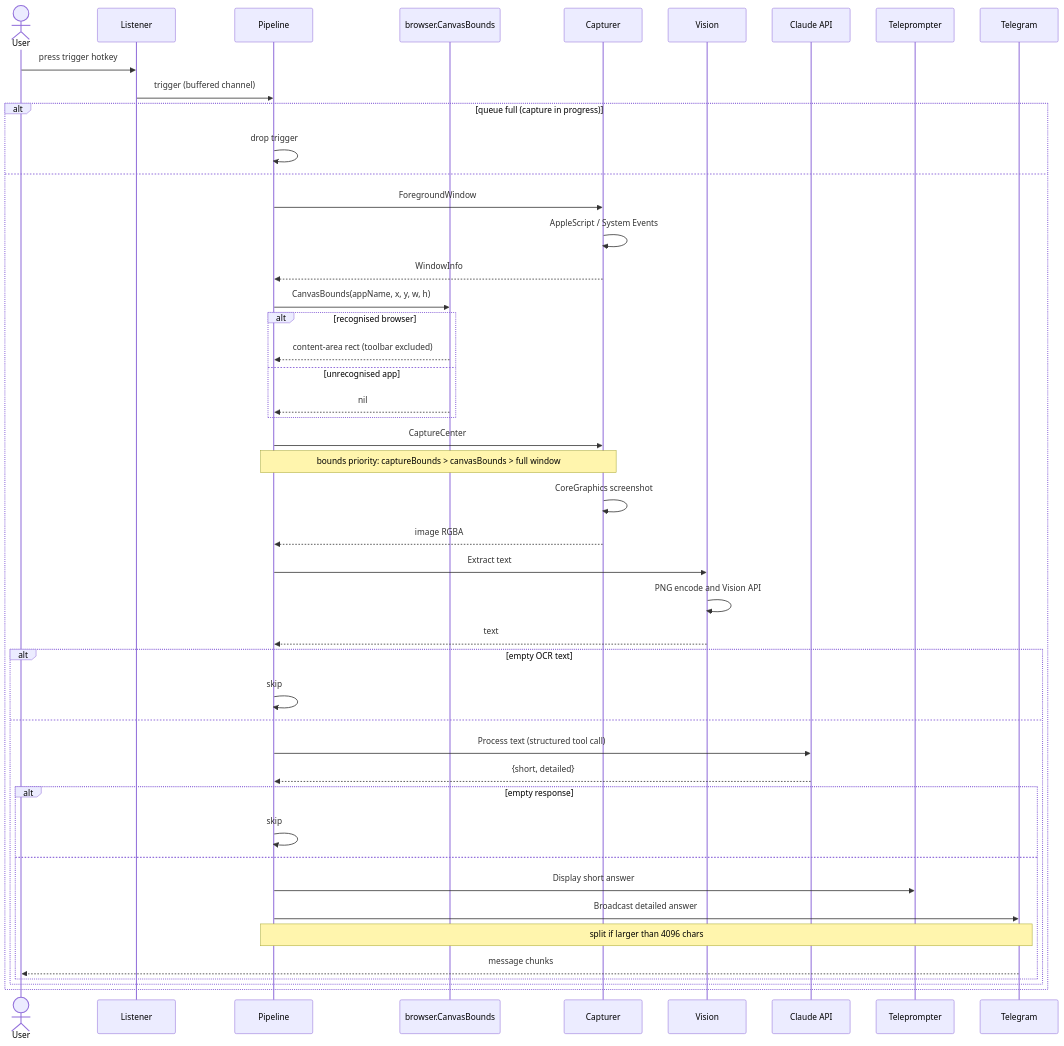
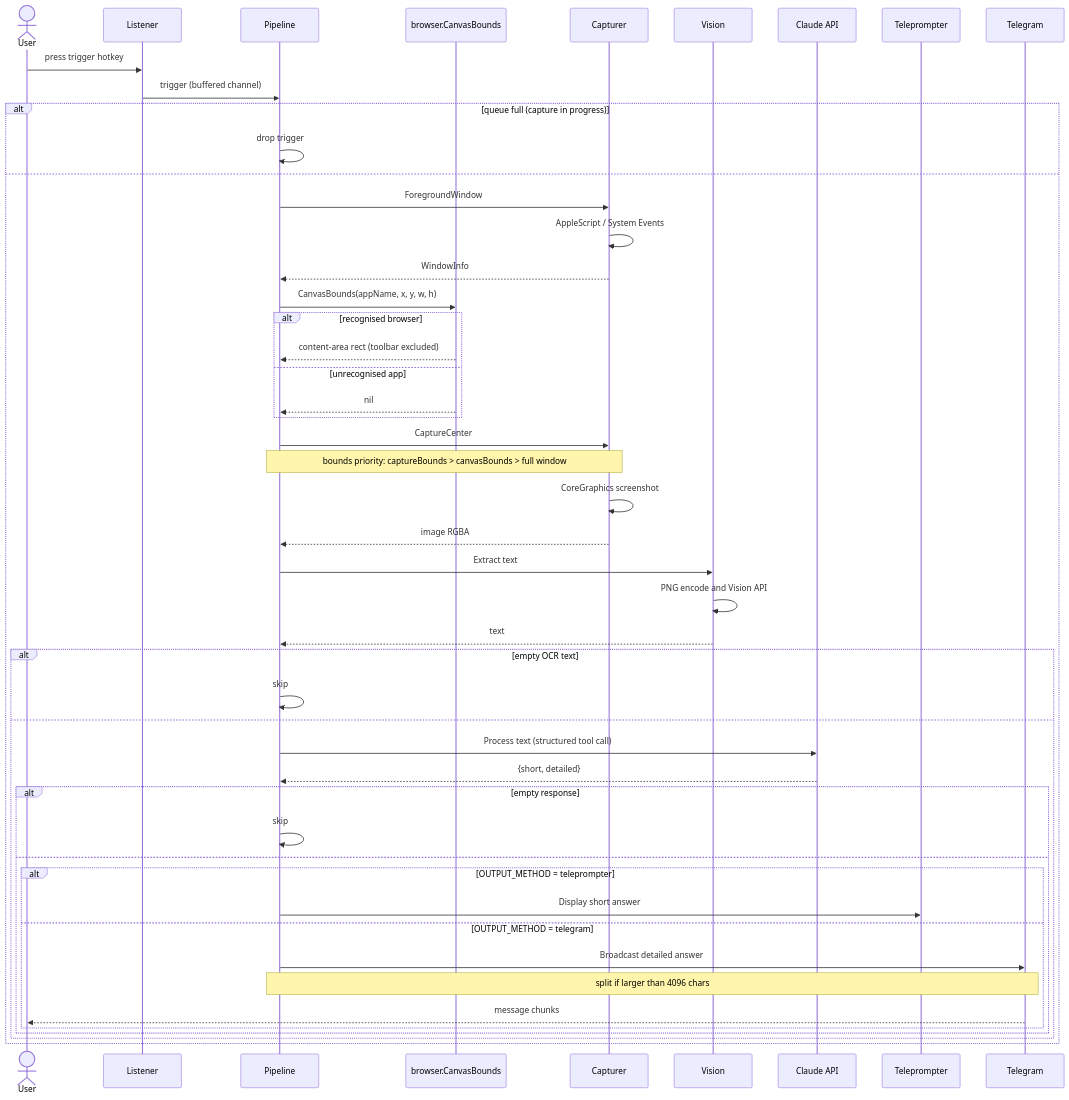
The second of 3 diagrams in docs/ARCHITECTURE.md (vdyalex/lens-daemon), drawn with Mermaid before and after one commit. The commit also changed other lines of this file and 44 other files, not shown here.

First line of the commit message:
feat(pipeline): add output method switching and runtime IPC set command

````diff
--- a/docs/ARCHITECTURE.md
+++ b/docs/ARCHITECTURE.md
@@ -142,55 +147,58 @@
 ```mermaid
 sequenceDiagram
     actor User
     participant Listener
     participant Pipeline
     participant Browser as browser.CanvasBounds
     participant Capturer
     participant Vision
     participant Claude as Claude API
     participant Teleprompter
     participant Telegram
 
     User->>Listener: press trigger hotkey
     Listener->>Pipeline: trigger (buffered channel)
 
     alt queue full (capture in progress)
         Pipeline->>Pipeline: drop trigger
     else
         Pipeline->>Capturer: ForegroundWindow
         Capturer->>Capturer: AppleScript / System Events
         Capturer-->>Pipeline: WindowInfo
 
         Pipeline->>Browser: CanvasBounds(appName, x, y, w, h)
         alt recognised browser
             Browser-->>Pipeline: content-area rect (toolbar excluded)
         else unrecognised app
             Browser-->>Pipeline: nil
         end
 
         Pipeline->>Capturer: CaptureCenter
         Note over Pipeline,Capturer: bounds priority: captureBounds > canvasBounds > full window
         Capturer->>Capturer: CoreGraphics screenshot
         Capturer-->>Pipeline: image RGBA
 
         Pipeline->>Vision: Extract text
         Vision->>Vision: PNG encode and Vision API
         Vision-->>Pipeline: text
 
         alt empty OCR text
             Pipeline->>Pipeline: skip
         else
             Pipeline->>Claude: Process text (structured tool call)
             Claude-->>Pipeline: {short, detailed}
 
             alt empty response
                 Pipeline->>Pipeline: skip
             else
+                alt OUTPUT_METHOD = teleprompter
                 Pipeline->>Teleprompter: Display short answer
+            else OUTPUT_METHOD = telegram
                 Pipeline->>Telegram: Broadcast detailed answer
                 Note over Pipeline,Telegram: split if larger than 4096 chars
                 Telegram-->>User: message chunks
             end
+            end
         end
     end
 ```
````
